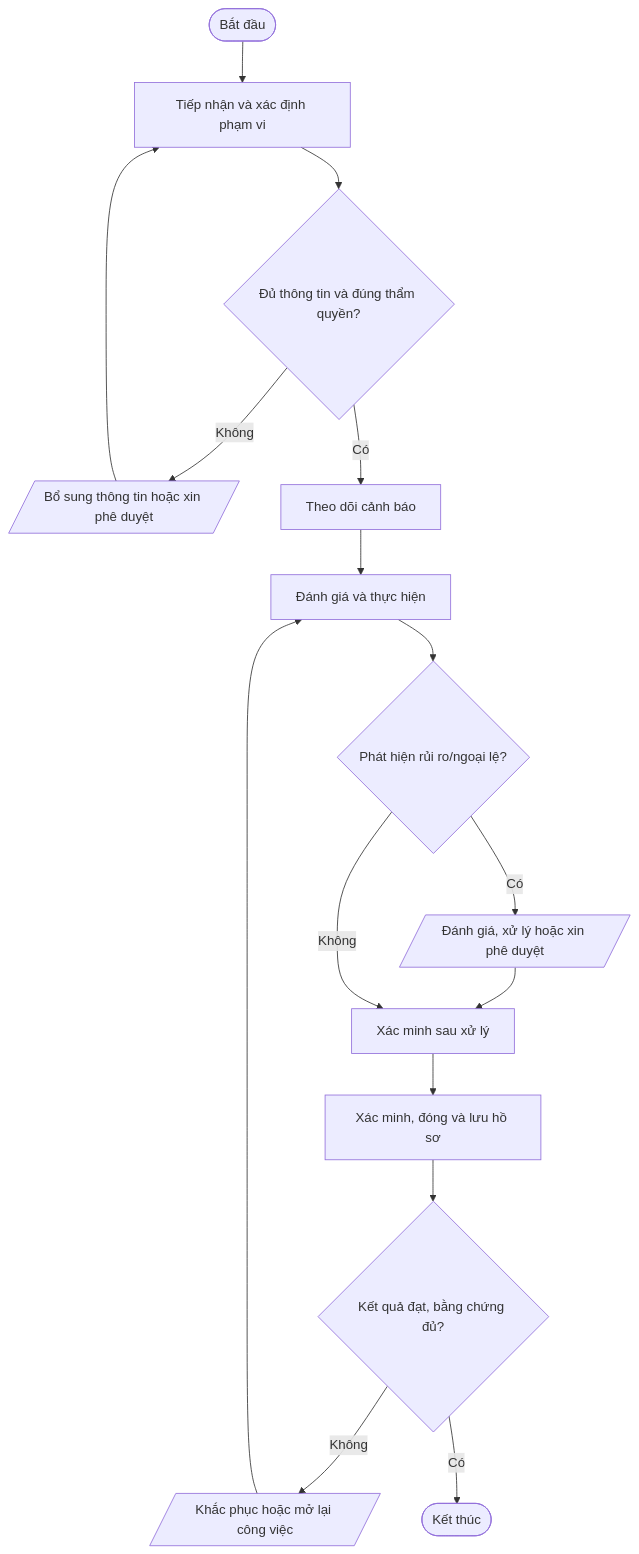
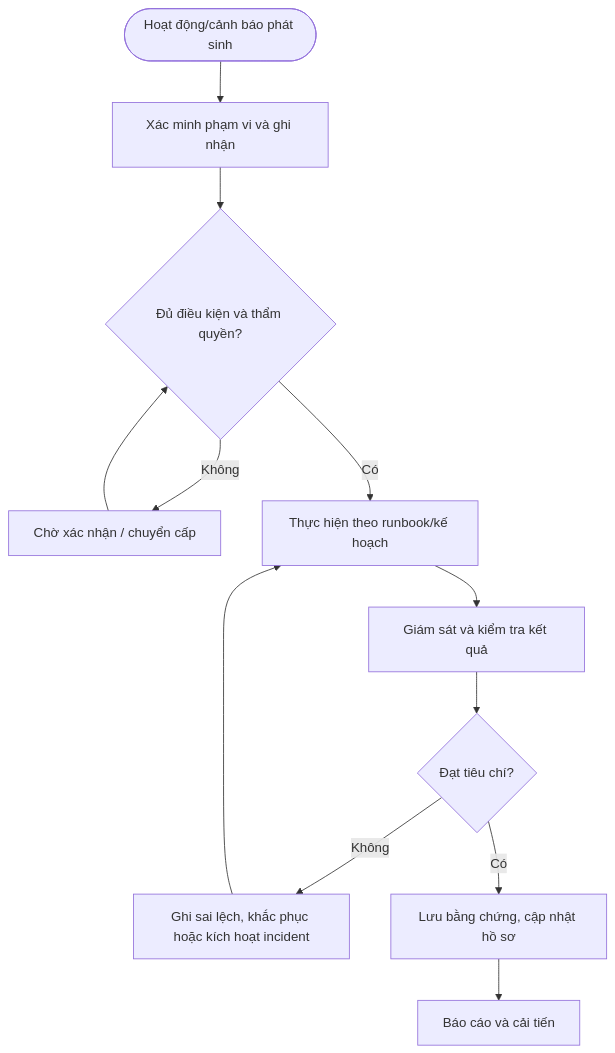
The diagram in quy-trinh/chi-tiet/QT-IT-15.md (daoaigiangnam/Quy_Trinh_Chuan), drawn with Mermaid before and after one commit. The commit also changed other lines of this file, not shown here.

Commit message:
Cập nhật nội dung chi tiết QT-IT-15.md lên main

````diff
--- a/quy-trinh/chi-tiet/QT-IT-15.md
+++ b/quy-trinh/chi-tiet/QT-IT-15.md
@@ -31,18 +130,14 @@
 ```mermaid
 flowchart TD
-  A([Bắt đầu]) --> S1["Tiếp nhận và xác định phạm vi"]
-  S1 --> D1{"Đủ thông tin và đúng thẩm quyền?"}
-  D1 -- Không --> F1[/"Bổ sung thông tin hoặc xin phê duyệt"/]
-  F1 --> S1
-  D1 -- Có --> S2["Theo dõi cảnh báo"]
-  S2 --> S3["Đánh giá và thực hiện"]
-  S3 --> D2{"Phát hiện rủi ro/ngoại lệ?"}
-  D2 -- Có --> RISK[/"Đánh giá, xử lý hoặc xin phê duyệt"/]
-  RISK --> S4["Xác minh sau xử lý"]
-  D2 -- Không --> S4
-  S4 --> S5["Xác minh, đóng và lưu hồ sơ"]
-  S5 --> D3{"Kết quả đạt, bằng chứng đủ?"}
-  D3 -- Không --> R[/"Khắc phục hoặc mở lại công việc"/]
-  R --> S3
-  D3 -- Có --> Z([Kết thúc])
+ A([Hoạt động/cảnh báo phát sinh]) --> B[Xác minh phạm vi và ghi nhận]
+ B --> C{Đủ điều kiện và thẩm quyền?}
+ C -- Không --> D[Chờ xác nhận / chuyển cấp]
+ D --> C
+ C -- Có --> E[Thực hiện theo runbook/kế hoạch]
+ E --> F[Giám sát và kiểm tra kết quả]
+ F --> G{Đạt tiêu chí?}
+ G -- Không --> H[Ghi sai lệch, khắc phục hoặc kích hoạt incident]
+ H --> E
+ G -- Có --> I[Lưu bằng chứng, cập nhật hồ sơ]
+ I --> J[Báo cáo và cải tiến]
 ```
````
